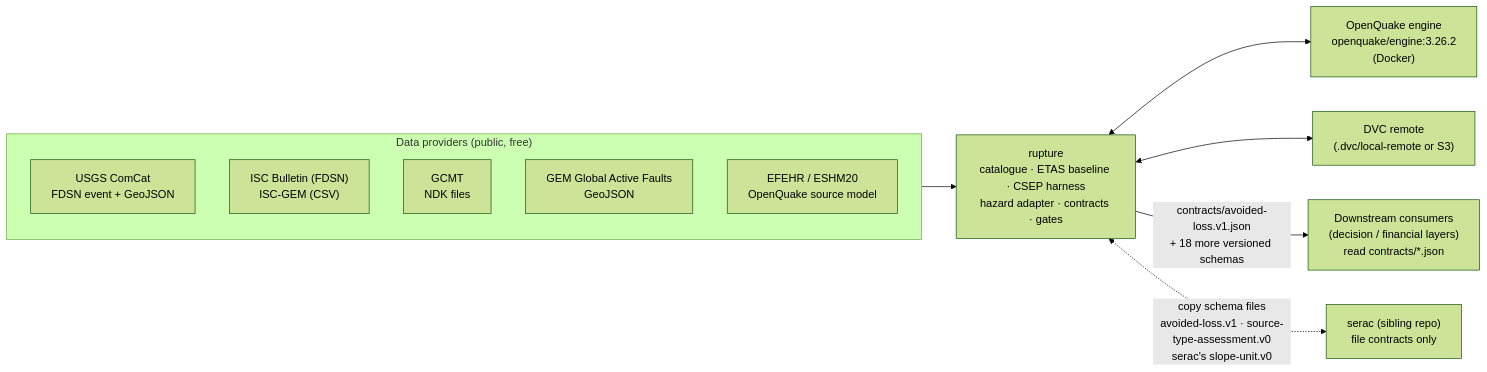
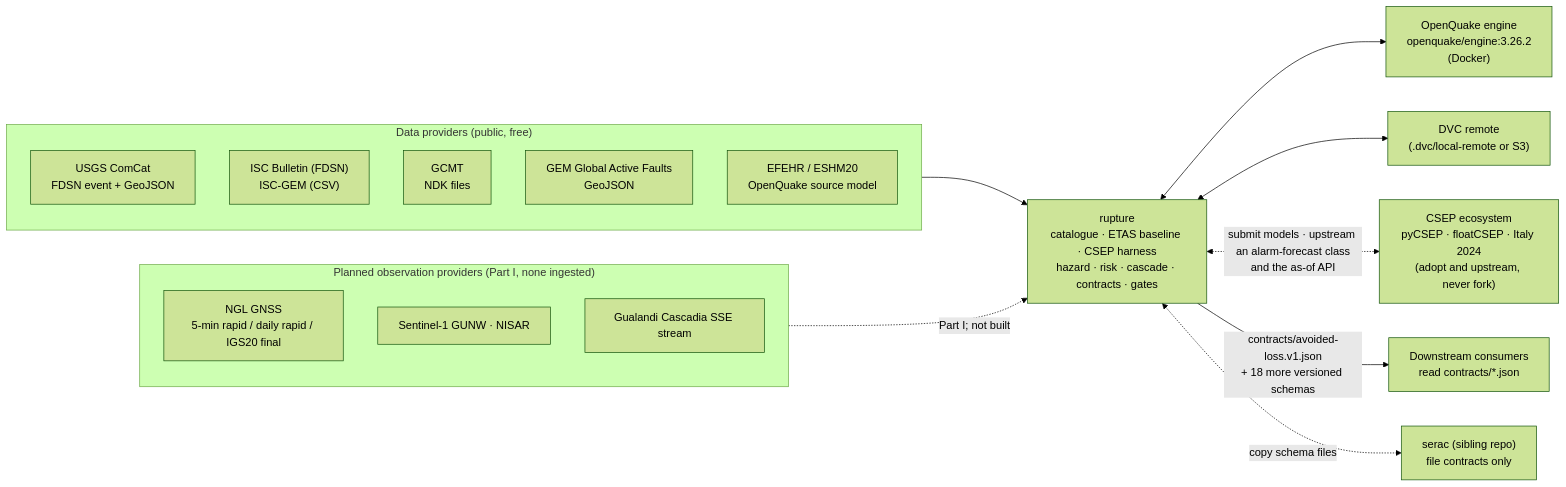
The first of 2 diagrams in docs/ARCHITECTURE.md (dizzy1900/rupture), drawn with Mermaid (forest theme) before and after one commit. The commit also changed other lines of this file and 27 other files, not shown here.

````diff
--- a/docs/ARCHITECTURE.md
+++ b/docs/ARCHITECTURE.md
@@ -15,21 +1081,29 @@
 ```mermaid
 flowchart LR
   subgraph providers["Data providers (public, free)"]
     USGS["USGS ComCat<br/>FDSN event + GeoJSON"]
     ISC["ISC Bulletin (FDSN)<br/>ISC-GEM (CSV)"]
     GCMT["GCMT<br/>NDK files"]
     GEM["GEM Global Active Faults<br/>GeoJSON"]
     EFEHR["EFEHR / ESHM20<br/>OpenQuake source model"]
   end
+  subgraph planned["Planned observation providers (Part I, none ingested)"]
+    NGL["NGL GNSS<br/>5-min rapid / daily rapid / IGS20 final"]
+    SAR["Sentinel-1 GUNW · NISAR"]
+    SSE["Gualandi Cascadia SSE stream"]
+  end
   OQ["OpenQuake engine<br/>openquake/engine:3.26.2<br/>(Docker)"]
   DVC["DVC remote<br/>(.dvc/local-remote or S3)"]
-  R["rupture<br/>catalogue · ETAS baseline · CSEP harness<br/>hazard adapter · contracts · gates"]
-  C["Downstream consumers<br/>(decision / financial layers)<br/>read contracts/*.json"]
+  R["rupture<br/>catalogue · ETAS baseline · CSEP harness<br/>hazard · risk · cascade · contracts · gates"]
+  CSEP["CSEP ecosystem<br/>pyCSEP · floatCSEP · Italy 2024<br/>(adopt and upstream, never fork)"]
+  C["Downstream consumers<br/>read contracts/*.json"]
   S["serac (sibling repo)<br/>file contracts only"]
 
   providers --> R
+  planned -. "Part I; not built" .-> R
   R <--> OQ
   R <--> DVC
+  R <-. "submit models · upstream an alarm-forecast class<br/>and the as-of API" .-> CSEP
   R -- "contracts/avoided-loss.v1.json<br/>+ 18 more versioned schemas" --> C
-  R <-. "copy schema files<br/>avoided-loss.v1 · source-type-assessment.v0<br/>serac's slope-unit.v0" .-> S
+  R <-. "copy schema files" .-> S
 ```
````
